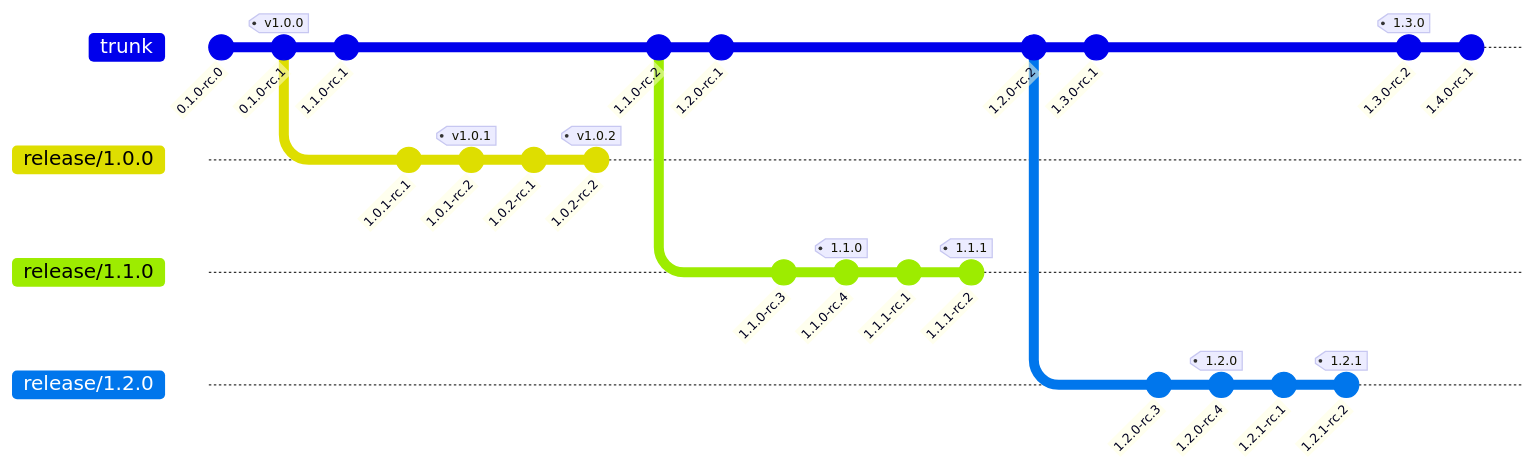
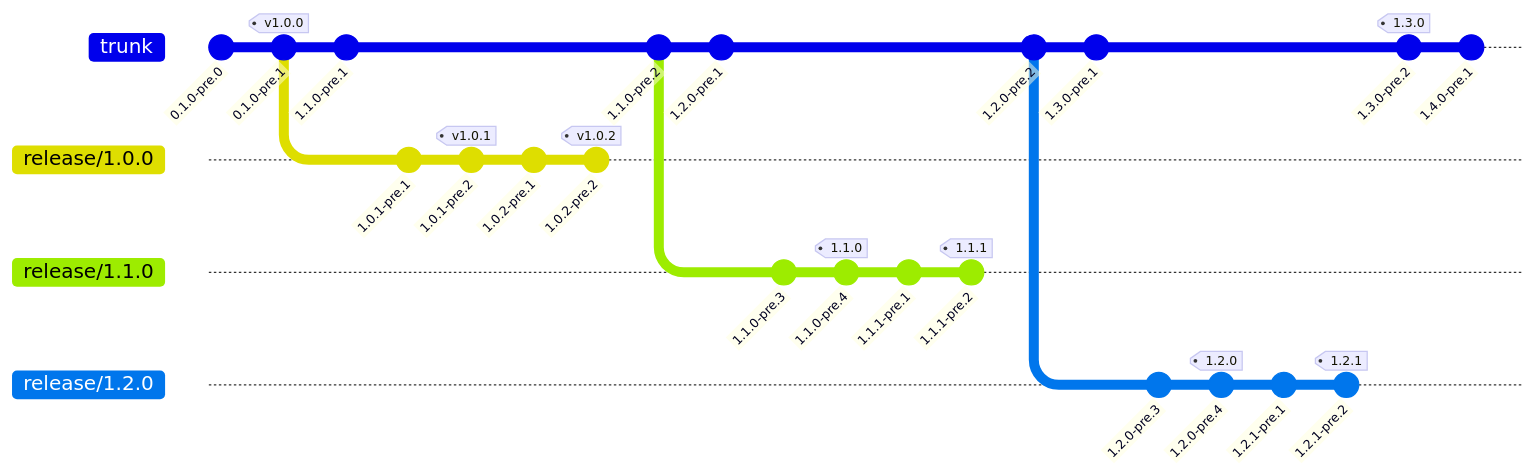
One commit to Crown0815/git-versioner changed the diagram in README.md. Above: the diagram before and after it, drawn with Mermaid. The commit also changed 31 other files, not shown here.

````diff
--- a/README.md
+++ b/README.md
@@ -7,42 +7,42 @@
 ```mermaid
 ---
 config:
   theme: default
   gitGraph:
     mainBranchName: 'trunk'
 ---
 gitGraph:
-    commit id: "0.1.0-rc.0"
-    commit id: "0.1.0-rc.1" tag: "v1.0.0"
+    commit id: "0.1.0-pre.0"
+    commit id: "0.1.0-pre.1" tag: "v1.0.0"
     branch release/1.0.0
     checkout trunk
-    commit id: "1.1.0-rc.1"
+    commit id: "1.1.0-pre.1"
     checkout release/1.0.0
-    commit id: "1.0.1-rc.1"
-    commit id: "1.0.1-rc.2 " tag: "v1.0.1"
-    commit id: "1.0.2-rc.1"
-    commit id: "1.0.2-rc.2" tag: "v1.0.2"
+    commit id: "1.0.1-pre.1"
+    commit id: "1.0.1-pre.2 " tag: "v1.0.1"
+    commit id: "1.0.2-pre.1"
+    commit id: "1.0.2-pre.2" tag: "v1.0.2"
     checkout trunk
-    commit id: "1.1.0-rc.2"
+    commit id: "1.1.0-pre.2"
     branch release/1.1.0
     checkout trunk
-    commit id: "1.2.0-rc.1"
+    commit id: "1.2.0-pre.1"
     checkout release/1.1.0
-    commit id: "1.1.0-rc.3"
-    commit id: "1.1.0-rc.4" tag: "1.1.0"
-    commit id: "1.1.1-rc.1"
-    commit id: "1.1.1-rc.2" tag: "1.1.1"
+    commit id: "1.1.0-pre.3"
+    commit id: "1.1.0-pre.4" tag: "1.1.0"
+    commit id: "1.1.1-pre.1"
+    commit id: "1.1.1-pre.2" tag: "1.1.1"
     checkout trunk
-    commit id: "1.2.0-rc.2"
+    commit id: "1.2.0-pre.2"
     branch release/1.2.0
     checkout trunk
-    commit id: "1.3.0-rc.1"
+    commit id: "1.3.0-pre.1"
     checkout release/1.2.0
-    commit id: "1.2.0-rc.3"
-    commit id: "1.2.0-rc.4" tag: "1.2.0"
-    commit id: "1.2.1-rc.1"
-    commit id: "1.2.1-rc.2" tag: "1.2.1"
+    commit id: "1.2.0-pre.3"
+    commit id: "1.2.0-pre.4" tag: "1.2.0"
+    commit id: "1.2.1-pre.1"
+    commit id: "1.2.1-pre.2" tag: "1.2.1"
     checkout trunk
-    commit id: "1.3.0-rc.2" tag: "1.3.0"
-    commit id: "1.4.0-rc.1"
+    commit id: "1.3.0-pre.2" tag: "1.3.0"
+    commit id: "1.4.0-pre.1"
 ```
````
